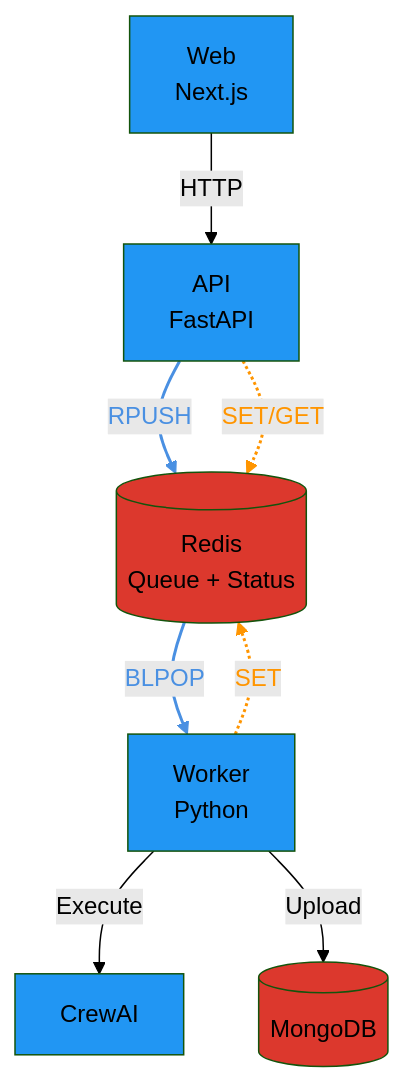
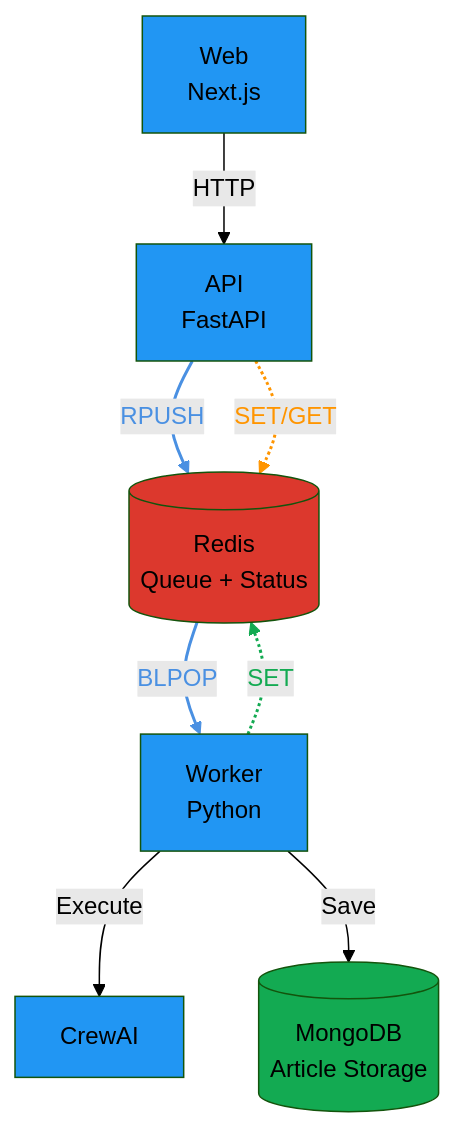
The first of 2 diagrams in ARCHITECTURE.md (seung-gu/opad), drawn with Mermaid (forest theme) before and after one commit. The commit also changed other lines of this file and 6 other files, not shown here.

First line of the commit message:
refactor: update architecture documentation and add MongoDB integration details

````diff
--- a/ARCHITECTURE.md
+++ b/ARCHITECTURE.md
@@ -46,23 +46,23 @@
 ```mermaid
 graph TB
     Web[Web<br/>Next.js] -->|HTTP| API[API<br/>FastAPI]
     API -->|RPUSH| Redis[(Redis<br/>Queue + Status)]
     Redis -->|BLPOP| Worker[Worker<br/>Python]
     Worker -->|Execute| CrewAI[CrewAI]
-    Worker -->|Upload| R2[(MongoDB)]
+    Worker -->|Save| MongoDB[(MongoDB<br/>Article Storage)]
     
     API -.->|SET/GET| Redis
     Worker -.->|SET| Redis
     
     style Web fill:#2196F3
     style API fill:#2196F3
     style Worker fill:#2196F3
     style CrewAI fill:#2196F3
     style Redis fill:#dc382d
-    style R2 fill:#dc382d
+    style MongoDB fill:#13aa52
     
     linkStyle 1 stroke:#4a90e2,stroke-width:2px,color:#4a90e2
     linkStyle 2 stroke:#4a90e2,stroke-width:2px,color:#4a90e2
     linkStyle 5 stroke:#ff9500,stroke-width:2px,color:#ff9500
-    linkStyle 6 stroke:#ff9500,stroke-width:2px,color:#ff9500
+    linkStyle 6 stroke:#13aa52,stroke-width:2px,color:#13aa52
 ```
````
